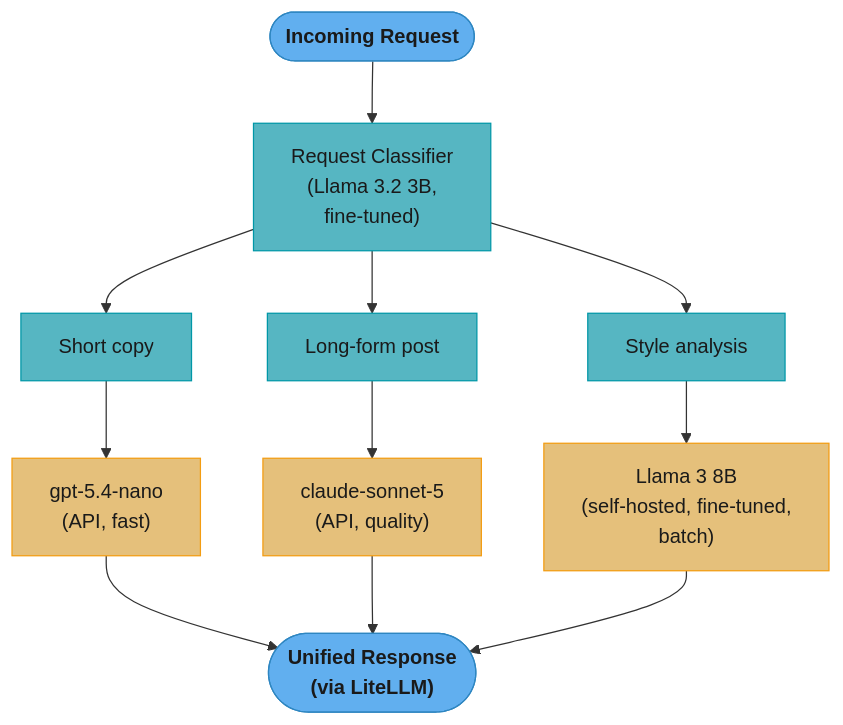
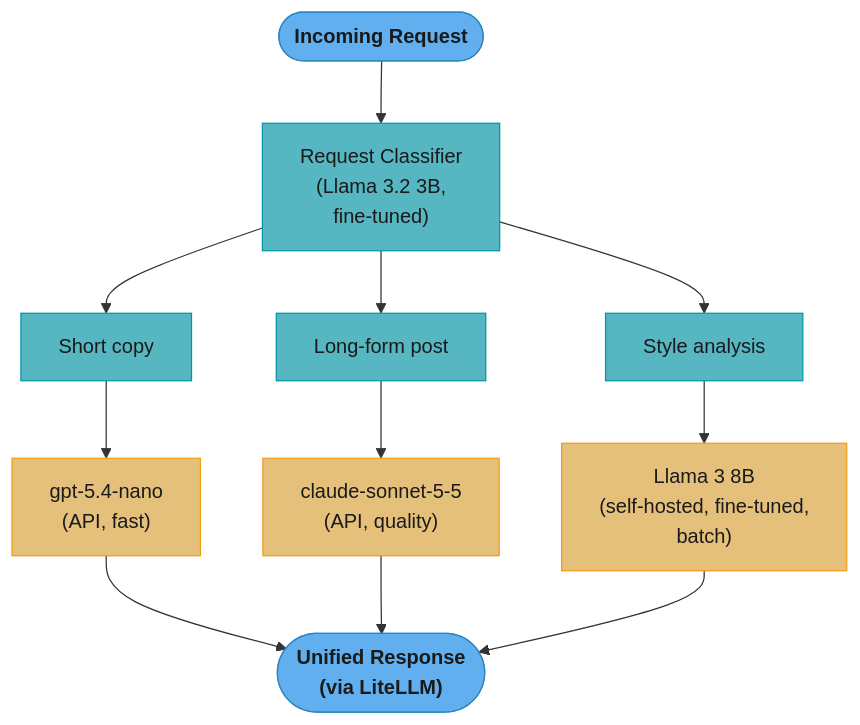
The fourth of 4 diagrams in src/main/java/com/rutik/systemdesign/llm/llm_ecosystem_and_landscape/llm_ecosystem_and_landscape.md (rppol/system-design), drawn with Mermaid before and after one commit. The commit also changed other lines of this file and 655 other files, not shown here.

````diff
--- a/src/main/java/com/rutik/systemdesign/llm/llm_ecosystem_and_landscape/llm_ecosystem_and_landscape.md
+++ b/src/main/java/com/rutik/systemdesign/llm/llm_ecosystem_and_landscape/llm_ecosystem_and_landscape.md
@@ -794,21 +842,21 @@
 ```mermaid
 flowchart TD
     classDef io   fill:#61afef,stroke:#2e86c1,color:#1a1a1a,font-weight:bold
     classDef req  fill:#56b6c2,stroke:#0097a7,color:#1a1a1a
     classDef base fill:#e5c07b,stroke:#f39c12,color:#1a1a1a
 
     Request(["Incoming Request"]) --> Classifier["Request Classifier<br/>(Llama 3.2 3B,<br/>fine-tuned)"]
     Classifier --> Short["Short copy"]
     Classifier --> Long["Long-form post"]
     Classifier --> Style["Style analysis"]
     Short --> ShortModel["gpt-5.4-nano<br/>(API, fast)"]
-    Long --> LongModel["claude-sonnet-5<br/>(API, quality)"]
+    Long --> LongModel["claude-sonnet-5-5<br/>(API, quality)"]
     Style --> StyleModel["Llama 3 8B<br/>(self-hosted, fine-tuned,<br/>batch)"]
     ShortModel --> Response(["Unified Response<br/>(via LiteLLM)"])
     LongModel --> Response
     StyleModel --> Response
 
     class Request,Response io
     class Classifier,Short,Long,Style req
     class ShortModel,LongModel,StyleModel base
 ```
````
